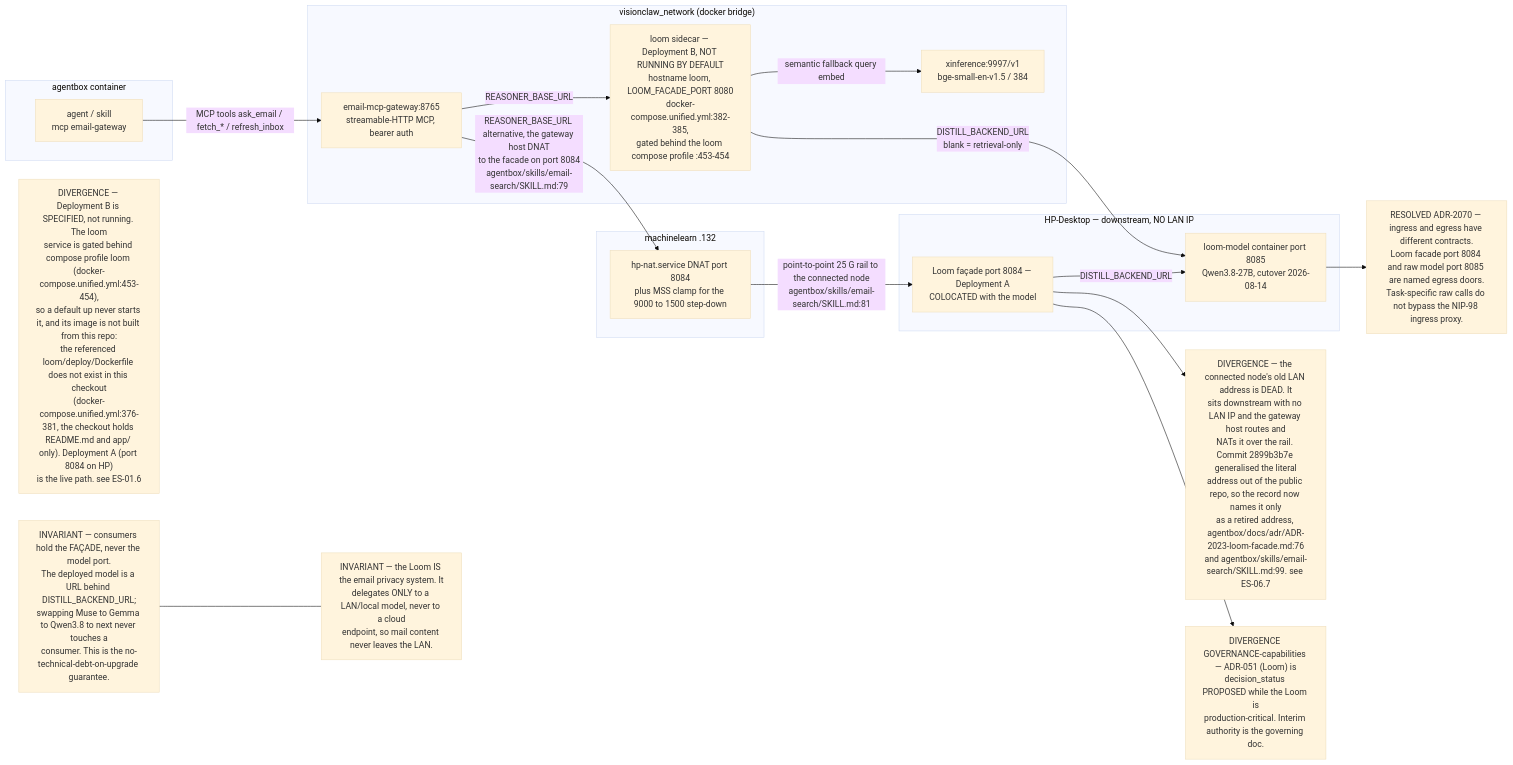
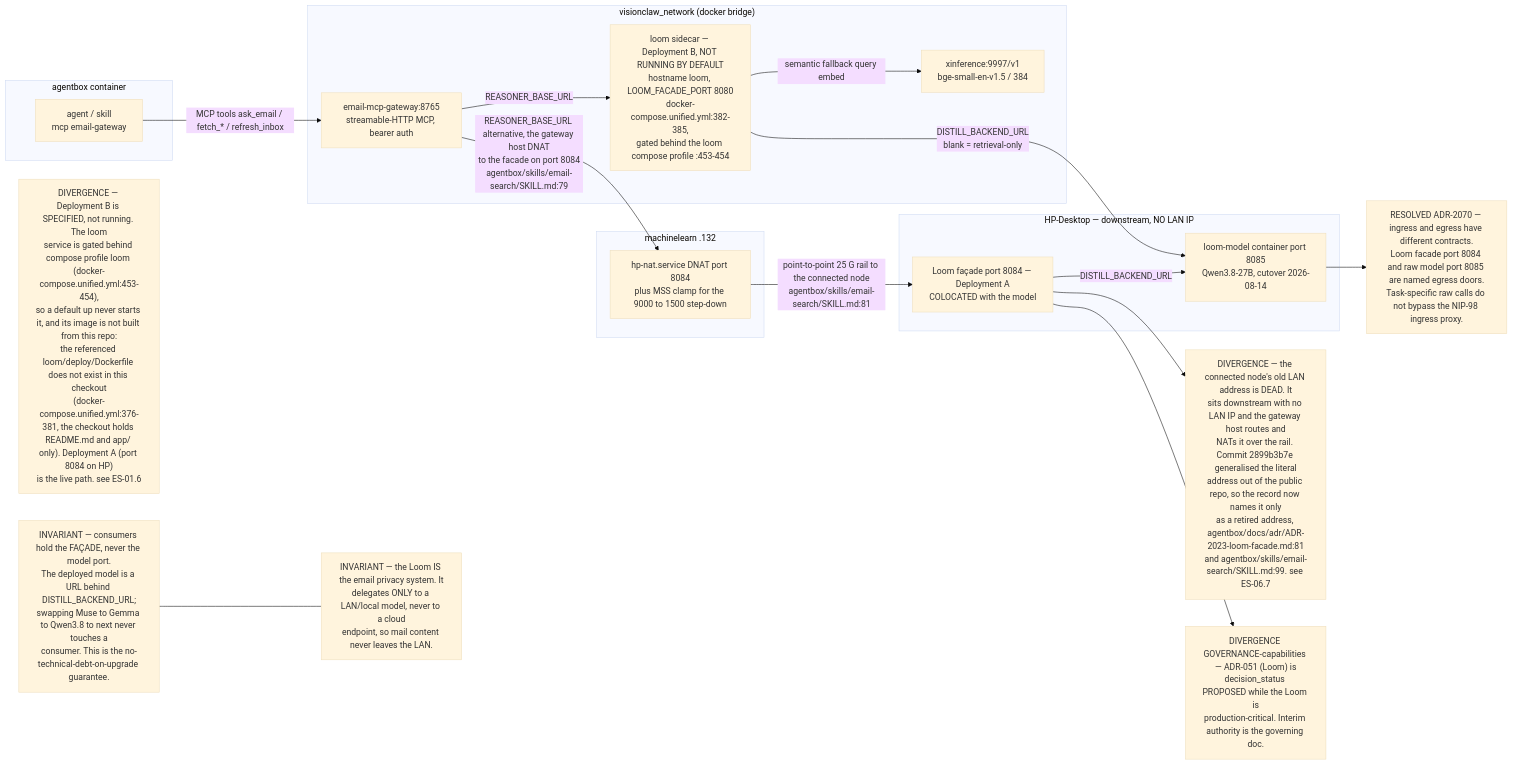
The first of 11 diagrams in docs/diagrams/estate/06-loom-and-email-privacy-path.md (DreamLab-AI/VisionFlow), drawn with Mermaid (base theme) before and after one commit. The commit also changed other lines of this file and 12 other files, not shown here.

````diff
--- a/docs/diagrams/estate/06-loom-and-email-privacy-path.md
+++ b/docs/diagrams/estate/06-loom-and-email-privacy-path.md
@@ -36,38 +36,38 @@
 ```mermaid
 flowchart LR
     subgraph box["agentbox container"]
         AG["agent / skill<br/>mcp email-gateway"]
     end
     subgraph vcnet["visionclaw_network (docker bridge)"]
         GW["email-mcp-gateway:8765<br/>streamable-HTTP MCP, bearer auth"]
         LOOMB["loom sidecar — Deployment B, NOT RUNNING BY DEFAULT<br/>hostname loom, LOOM_FACADE_PORT 8080<br/>docker-compose.unified.yml:382-385,<br/>gated behind the loom compose profile :453-454"]
         XI["xinference:9997/v1<br/>bge-small-en-v1.5 / 384"]
     end
     subgraph ml["machinelearn .132"]
         DNAT["hp-nat.service DNAT port 8084<br/>plus MSS clamp for the 9000 to 1500 step-down"]
     end
     subgraph hp["HP-Desktop — downstream, NO LAN IP"]
         LOOMA["Loom façade port 8084 — Deployment A<br/>COLOCATED with the model"]
         MODEL["loom-model container port 8085<br/>Qwen3.8-27B, cutover 2026-08-14"]
     end
 
     AG -- "MCP tools ask_email / fetch_* / refresh_inbox" --> GW
     GW -- "REASONER_BASE_URL" --> LOOMB
     GW -- "REASONER_BASE_URL alternative, the gateway host DNAT<br/>to the facade on port 8084<br/>agentbox/skills/email-search/SKILL.md:79" --> DNAT
     DNAT -- "point-to-point 25 G rail to the connected node<br/>agentbox/skills/email-search/SKILL.md:81" --> LOOMA
     LOOMA -- "DISTILL_BACKEND_URL" --> MODEL
     LOOMB -- "DISTILL_BACKEND_URL<br/>blank = retrieval-only" --> MODEL
     LOOMB -- "semantic fallback query embed" --> XI
 
     INV1["INVARIANT — consumers hold the FAÇADE, never the model port.<br/>The deployed model is a URL behind DISTILL_BACKEND_URL;<br/>swapping Muse to Gemma to Qwen3.8 to next never touches a<br/>consumer. This is the no-technical-debt-on-upgrade guarantee."]
     INV2["INVARIANT — the Loom IS the email privacy system. It<br/>delegates ONLY to a LAN/local model, never to a cloud<br/>endpoint, so mail content never leaves the LAN."]
     DIV0["DIVERGENCE — Deployment B is SPECIFIED, not running. The loom<br/>service is gated behind compose profile loom (docker-compose.unified.yml:453-454),<br/>so a default up never starts it, and its image is not built from this repo:<br/>the referenced loom/deploy/Dockerfile does not exist in this checkout<br/>(docker-compose.unified.yml:376-381, the checkout holds README.md and app/ only). Deployment A (port 8084 on HP)<br/>is the live path. see ES-01.6"]
-    DIV1["DIVERGENCE — the connected node's old LAN address is DEAD. It<br/>sits downstream with no LAN IP and the gateway host routes and<br/>NATs it over the rail. Commit 2899b3b7e generalised the literal<br/>address out of the public repo, so the record now names it only<br/>as a retired address, agentbox/docs/adr/ADR-2023-loom-facade.md:76<br/>and agentbox/skills/email-search/SKILL.md:99. see ES-06.7"]
+    DIV1["DIVERGENCE — the connected node's old LAN address is DEAD. It<br/>sits downstream with no LAN IP and the gateway host routes and<br/>NATs it over the rail. Commit 2899b3b7e generalised the literal<br/>address out of the public repo, so the record now names it only<br/>as a retired address, agentbox/docs/adr/ADR-2023-loom-facade.md:81<br/>and agentbox/skills/email-search/SKILL.md:99. see ES-06.7"]
     DIV2["DIVERGENCE GOVERNANCE-capabilities — ADR-051 (Loom) is<br/>decision_status PROPOSED while the Loom is<br/>production-critical. Interim authority is the governing doc."]
     DIV3["RESOLVED ADR-2070 — ingress and egress have different contracts.<br/>Loom facade port 8084 and raw model port 8085 are named egress doors.<br/>Task-specific raw calls do not bypass the NIP-98 ingress proxy."]
 
     INV1 --- INV2
     LOOMA --> DIV1
     LOOMA --> DIV2
     MODEL --> DIV3
 ```
````
